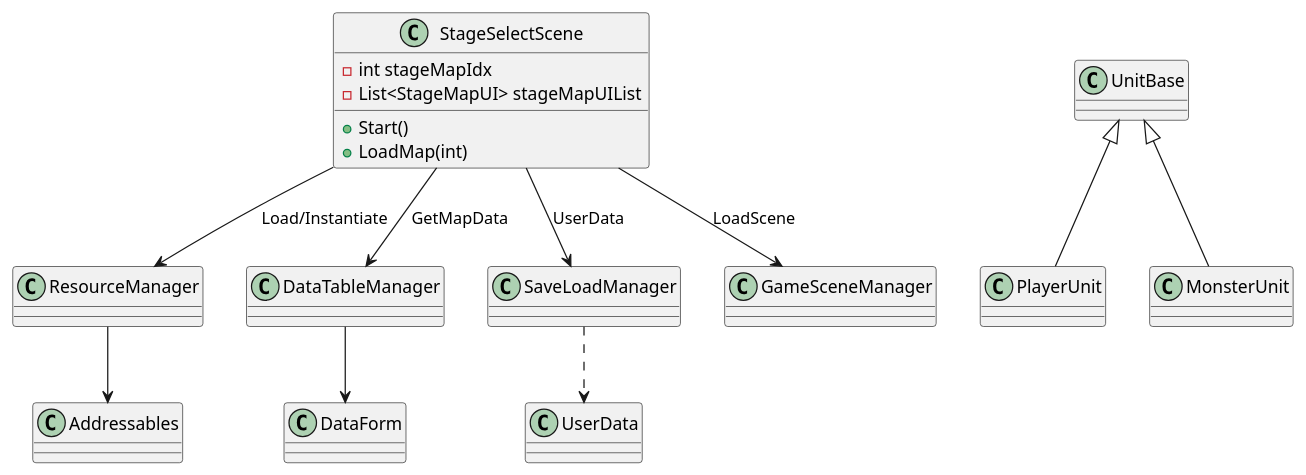
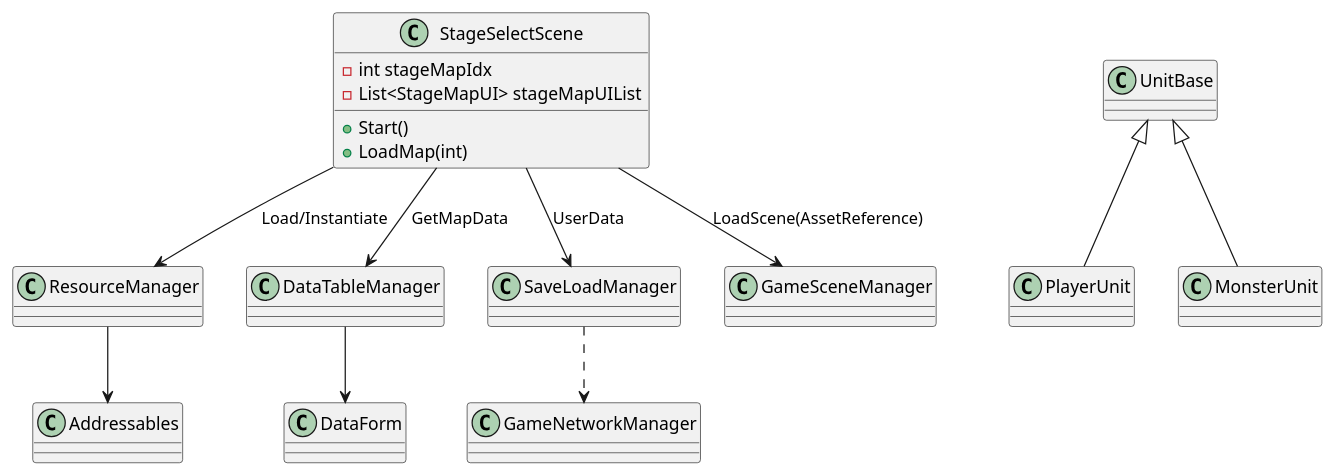
Before and after one commit to KangSungKyu/TP1: the diagram in doc/ARCHITECTURE.md, drawn with PlantUML. The commit also changed other lines of this file and 3 other files, not shown here.

```diff
--- a/doc/ARCHITECTURE.md
+++ b/doc/ARCHITECTURE.md
@@ -47,21 +47,21 @@
 @startuml
 class StageSelectScene {
   - int stageMapIdx
   - List<StageMapUI> stageMapUIList
   + Start()
   + LoadMap(int)
 }
 class ResourceManager
 class DataTableManager
 class SaveLoadManager
 class GameSceneManager
 StageSelectScene --> ResourceManager : Load/Instantiate
 StageSelectScene --> DataTableManager : GetMapData
 StageSelectScene --> SaveLoadManager : UserData
-StageSelectScene --> GameSceneManager : LoadScene
+StageSelectScene --> GameSceneManager : LoadScene(AssetReference)
 ResourceManager --> Addressables
 DataTableManager --> DataForm
-SaveLoadManager ..> UserData
+SaveLoadManager ..> GameNetworkManager
 UnitBase <|-- PlayerUnit
 UnitBase <|-- MonsterUnit
 @enduml
```
